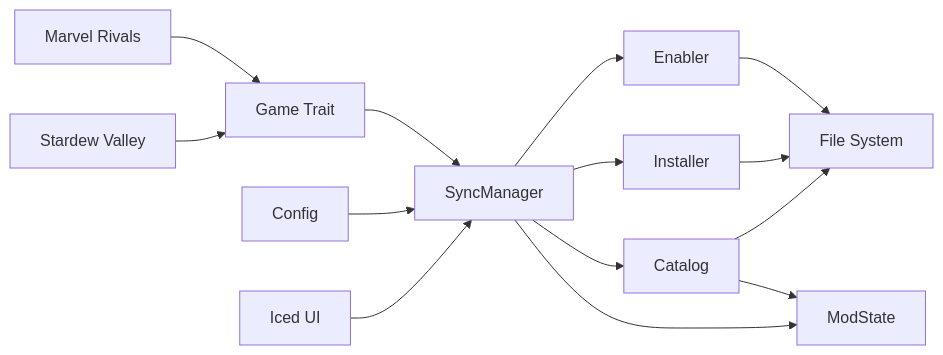
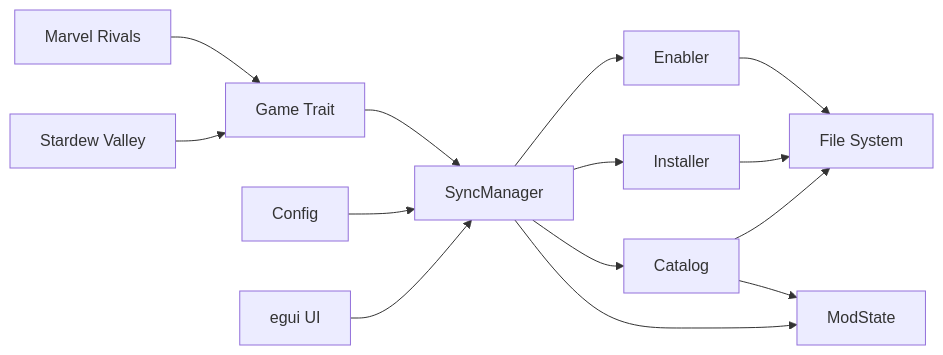
One commit to knands42/moda changed the first of 2 diagrams in README.md. Above: the diagram before and after it, drawn with Mermaid. The commit also changed other lines of this file and 19 other files, not shown here.

````diff
--- a/README.md
+++ b/README.md
@@ -57,17 +57,17 @@
 ```mermaid
 flowchart LR
-    UI[Iced UI] --> SM[SyncManager]
+    UI[egui UI] --> SM[SyncManager]
     SM --> CT[Catalog]
     SM --> IN[Installer]
     SM --> EN[Enabler]
     SM --> MS[ModState]
     CT --> FS[File System]
     IN --> FS
     EN --> FS
     CFG[Config] --> SM
     CT --> MS
     
     GAME[Game Trait] --> SM
     StardewValley[Stardew Valley] --> GAME
     MarvelRivals[Marvel Rivals] --> GAME
 ```
````
